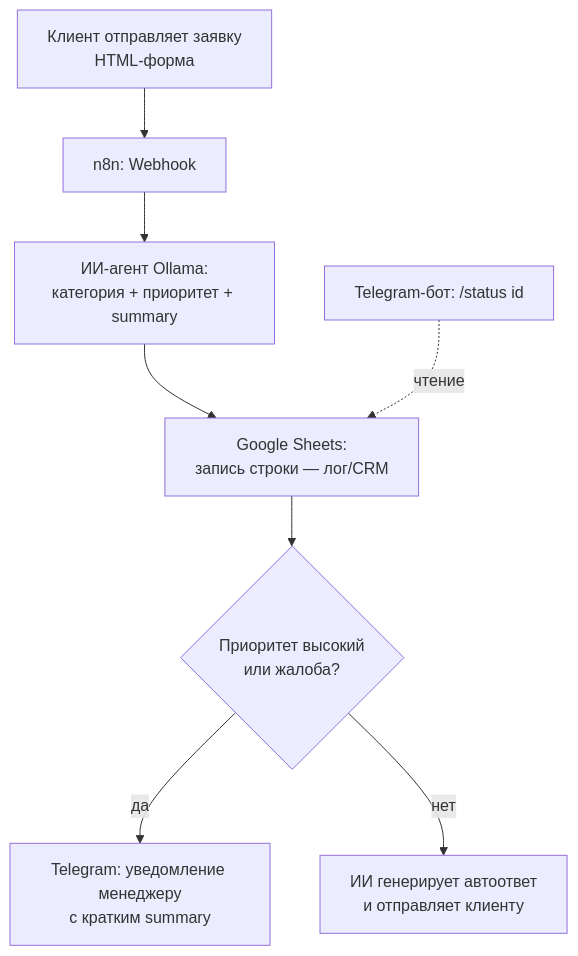
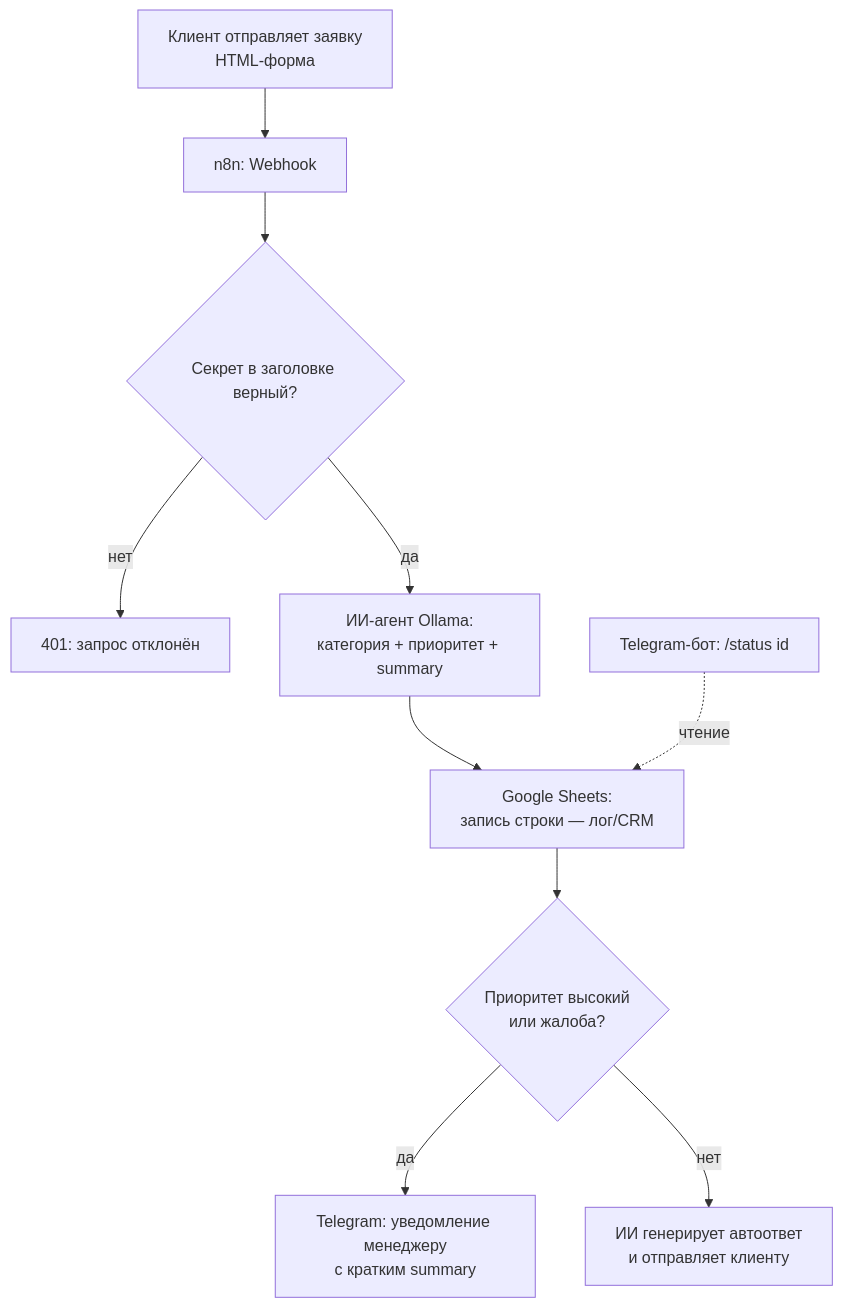
The diagram in README.md (nastyaaaay/smart-intake-automation), drawn with Mermaid before and after one commit. The commit also changed other lines of this file and 2 other files, not shown here.

````diff
--- a/README.md
+++ b/README.md
@@ -20,10 +20,12 @@
 ```mermaid
 flowchart TD
     A[Клиент отправляет заявку<br/>HTML-форма] --> B[n8n: Webhook]
-    B --> C[ИИ-агент Ollama:<br/>категория + приоритет + summary]
+    B --> B2{Секрет в заголовке верный?}
+    B2 -- нет --> B3[401: запрос отклонён]
+    B2 -- да --> C[ИИ-агент Ollama:<br/>категория + приоритет + summary]
     C --> D[Google Sheets:<br/>запись строки — лог/CRM]
     D --> E{Приоритет высокий<br/>или жалоба?}
     E -- да --> F[Telegram: уведомление менеджеру<br/>с кратким summary]
     E -- нет --> G[ИИ генерирует автоответ<br/>и отправляет клиенту]
     H[Telegram-бот: /status id] -.чтение.-> D
 ```
````
